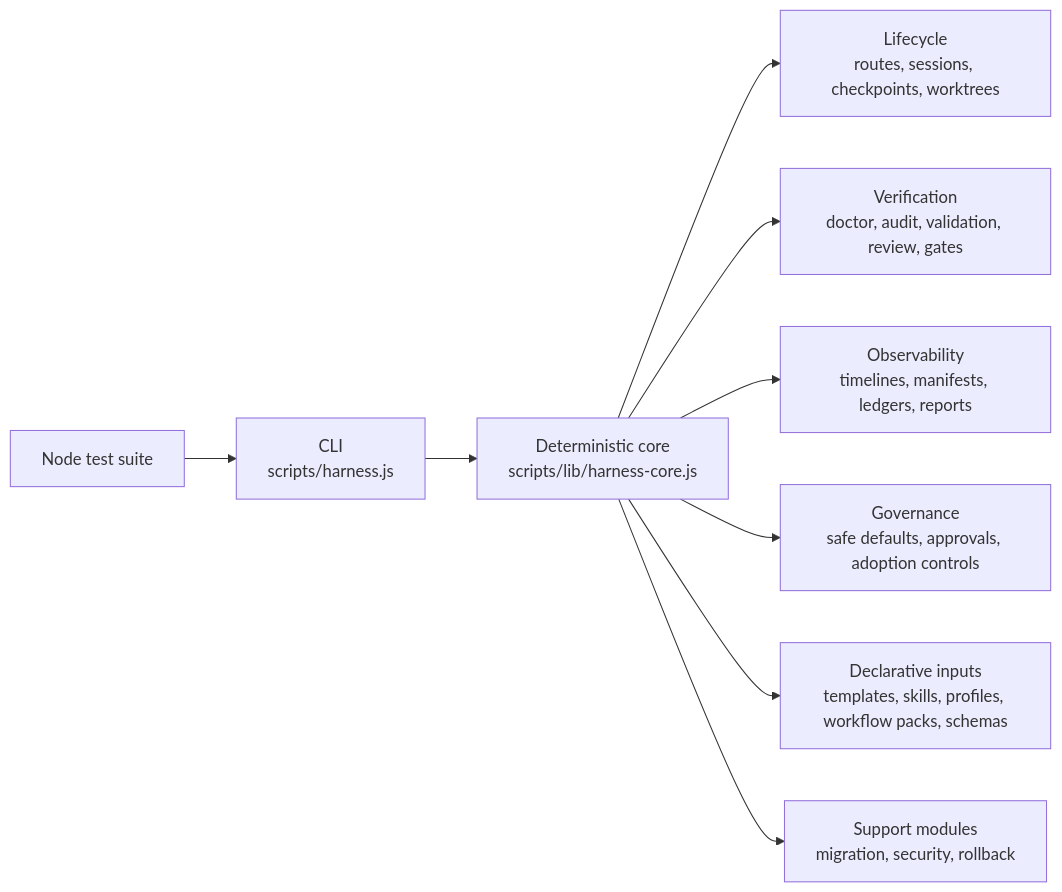
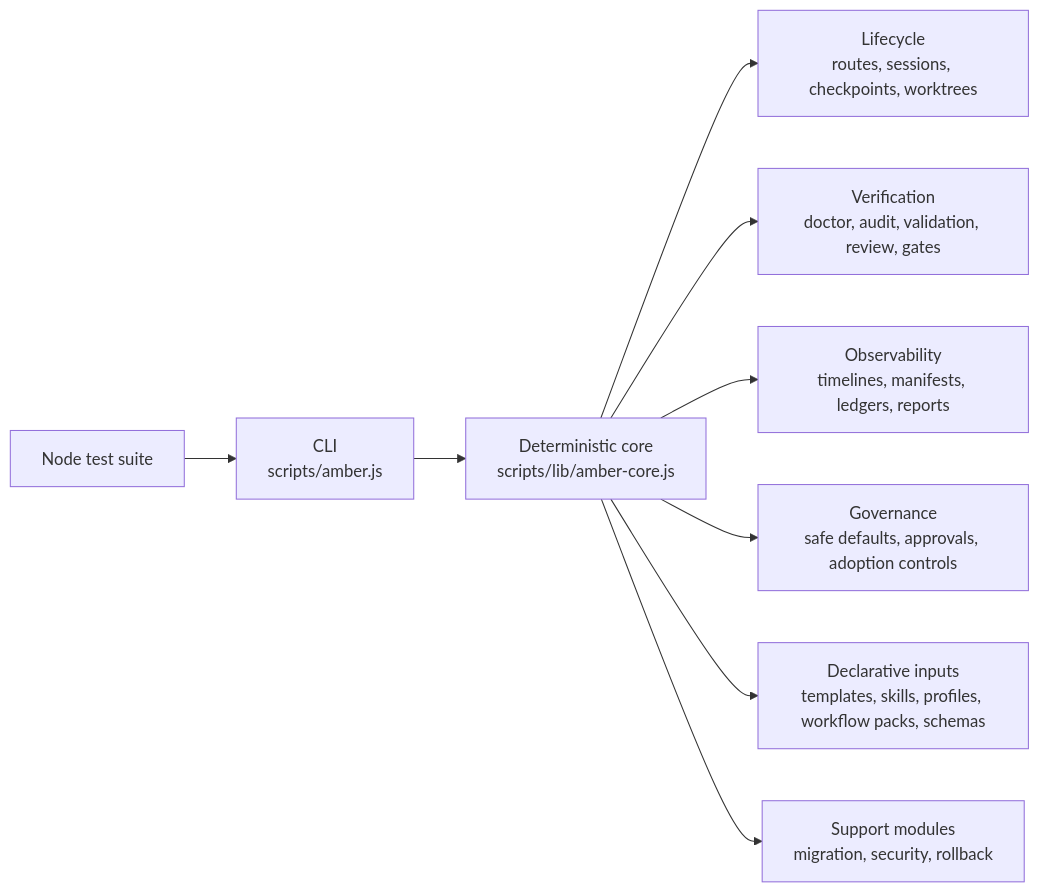
Before and after one commit to Bandersnatch0x/amber-protocol: the diagram in docs/architecture/overview.md, drawn with Mermaid. The commit also changed other lines of this file and 268 other files, not shown here.

````diff
--- a/docs/architecture/overview.md
+++ b/docs/architecture/overview.md
@@ -25,11 +25,11 @@
 ```mermaid
 flowchart LR
-  CLI["CLI<br/>scripts/harness.js"] --> Core["Deterministic core<br/>scripts/lib/harness-core.js"]
+  CLI["CLI<br/>scripts/amber.js"] --> Core["Deterministic core<br/>scripts/lib/amber-core.js"]
   Core --> Lifecycle["Lifecycle<br/>routes, sessions, checkpoints, worktrees"]
   Core --> Verification["Verification<br/>doctor, audit, validation, review, gates"]
   Core --> Observability["Observability<br/>timelines, manifests, ledgers, reports"]
   Core --> Governance["Governance<br/>safe defaults, approvals, adoption controls"]
   Core --> Inputs["Declarative inputs<br/>templates, skills, profiles, workflow packs, schemas"]
   Core --> Infra["Support modules<br/>migration, security, rollback"]
   Tests["Node test suite"] --> CLI
 ```
````
